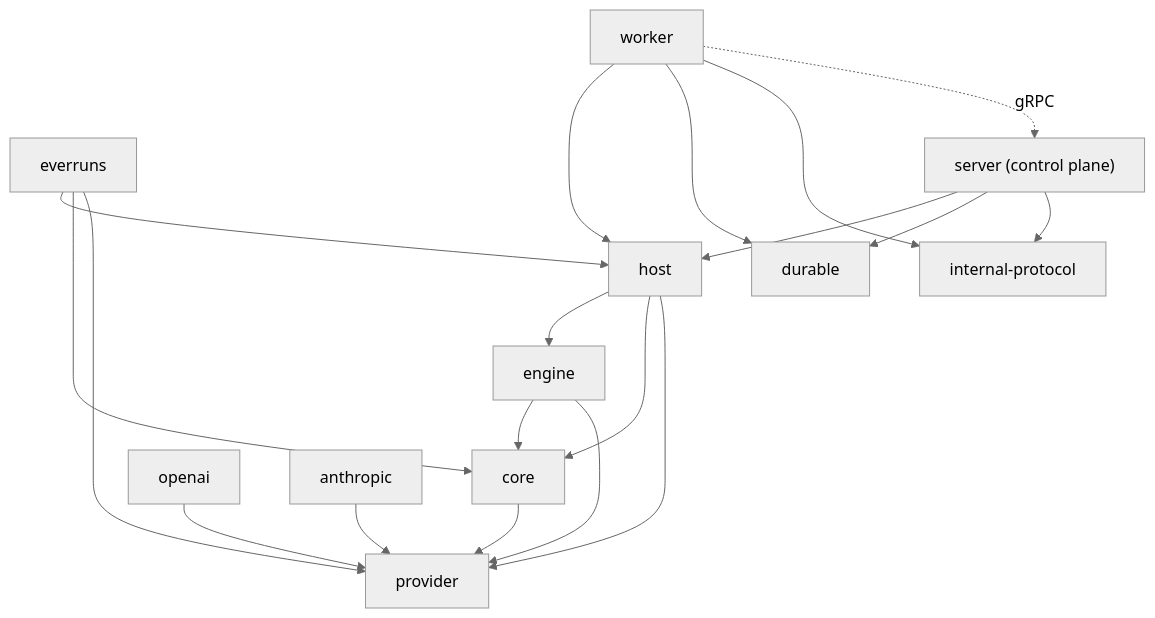
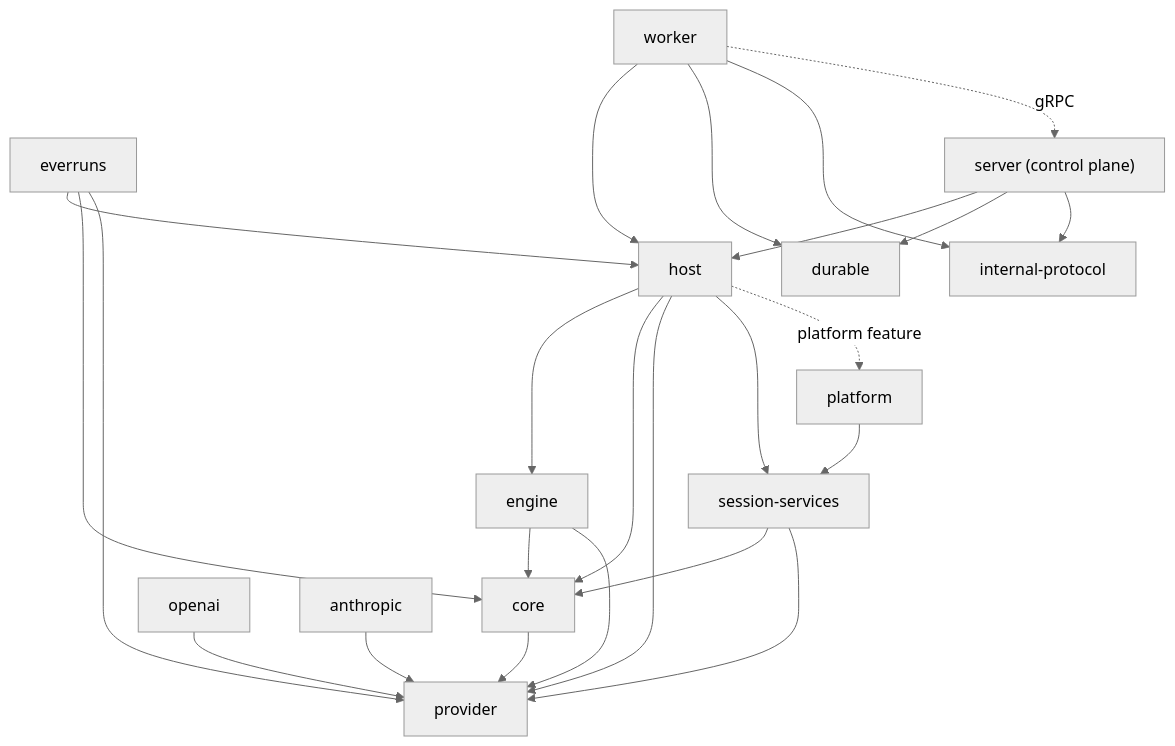
The second of 3 diagrams in knowledge/foundations/architecture.md (everruns/everruns), drawn with Mermaid (neutral theme) before and after one commit. The commit also changed other lines of this file and 87 other files, not shown here.

````diff
--- a/knowledge/foundations/architecture.md
+++ b/knowledge/foundations/architecture.md
@@ -157,33 +161,40 @@
 ```mermaid
 graph TD
     provider[provider]
     core[core]
     engine[engine]
+    session_services[session-services]
+    platform[platform]
     host[host]
     framework[everruns]
     openai[openai]
     anthropic[anthropic]
     protocol[internal-protocol]
     durable[durable]
     worker[worker]
     server["server (control plane)"]
 
     core --> provider
     engine --> core
     engine --> provider
+    session_services --> core
+    session_services --> provider
     host --> engine
     host --> core
     host --> provider
+    host --> session_services
+    host -.->|platform feature| platform
+    platform --> session_services
     framework --> host
     framework --> core
     framework --> provider
     openai --> provider
     anthropic --> provider
     worker --> host
     worker --> durable
     worker --> protocol
     server --> host
     server --> durable
     server --> protocol
     worker -.->|gRPC| server
 ```
````
